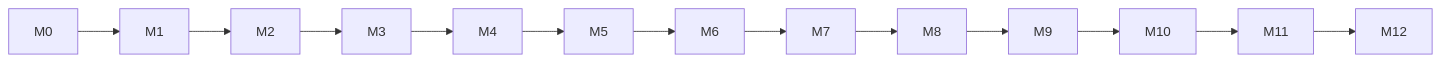
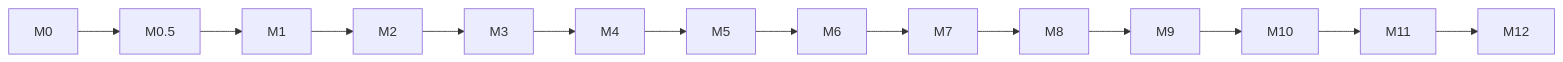
Before and after one commit to samad-87/alsamad: the diagram in ALSAMAD_IMPLEMENTATION_ROADMAP.md, drawn with Mermaid. The commit also changed other lines of this file and 11 other files, not shown here.

Commit message:
docs(architecture): align Quran.Foundation baseline and complete M1

````diff
--- a/ALSAMAD_IMPLEMENTATION_ROADMAP.md
+++ b/ALSAMAD_IMPLEMENTATION_ROADMAP.md
@@ -439,4 +716,4 @@
 ```mermaid
 flowchart LR
-M0-->M1-->M2-->M3-->M4-->M5-->M6-->M7-->M8-->M9-->M10-->M11-->M12
+M0-->M05["M0.5"]-->M1-->M2-->M3-->M4-->M5-->M6-->M7-->M8-->M9-->M10-->M11-->M12
 ```
````
